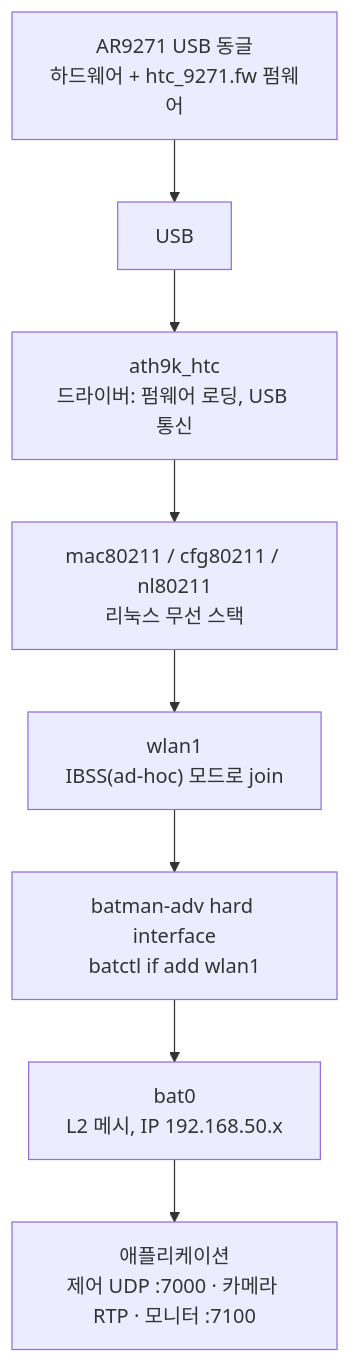
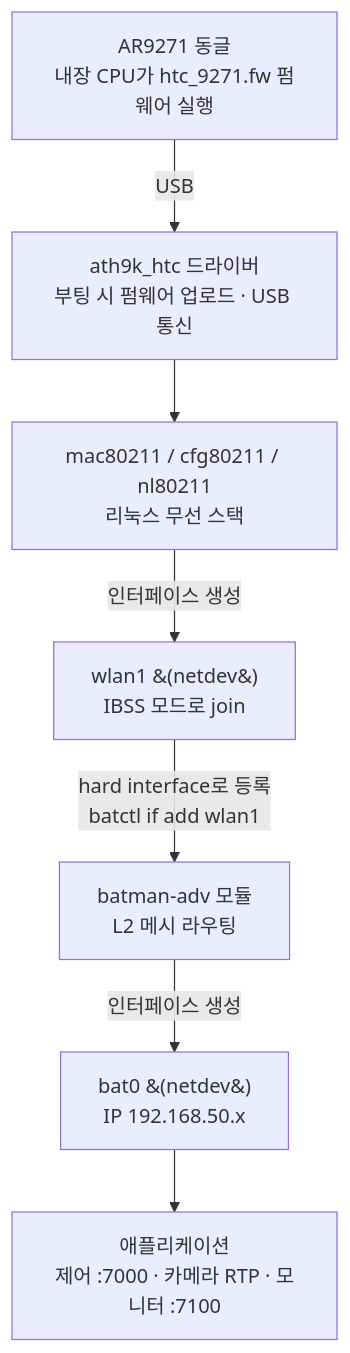
Before and after one commit to choialsgh08-hash/HANSEL_MESH: the first of 2 diagrams in docs/architecture.md, drawn with Mermaid. The commit also changed other lines of this file, not shown here.

Commit message:
architecture: 프로토콜 스택 다이어그램 명확화
세 종류(버스/소프트웨어계층/netdev)를 같은 층처럼 나열하던 것을 정리:
- USB는 박스가 아니라 화살표 라벨(버스)로
- wlan1/bat0는 netdev로 명시
- "batman-adv hard interface" 별도 박스 제거 → batman-adv 모듈이 wlan1을
  hard interface로 입력받아 bat0를 출력하는 관계로 표현

````diff
--- a/docs/architecture.md
+++ b/docs/architecture.md
@@ -8,10 +11,17 @@
 ```mermaid
 flowchart TD
-    A["AR9271 USB 동글<br/>하드웨어 + htc_9271.fw 펌웨어"] --> B["USB"]
-    B --> C["ath9k_htc<br/>드라이버: 펌웨어 로딩, USB 통신"]
-    C --> D["mac80211 / cfg80211 / nl80211<br/>리눅스 무선 스택"]
-    D --> E["wlan1<br/>IBSS(ad-hoc) 모드로 join"]
-    E --> F["batman-adv hard interface<br/>batctl if add wlan1"]
-    F --> G["bat0<br/>L2 메시, IP 192.168.50.x"]
-    G --> H["애플리케이션<br/>제어 UDP :7000 · 카메라 RTP · 모니터 :7100"]
+    HW["AR9271 동글<br/>내장 CPU가 htc_9271.fw 펌웨어 실행"]
+    DRV["ath9k_htc 드라이버<br/>부팅 시 펌웨어 업로드 · USB 통신"]
+    MAC["mac80211 / cfg80211 / nl80211<br/>리눅스 무선 스택"]
+    WLAN["wlan1 &#40;netdev&#41;<br/>IBSS 모드로 join"]
+    BAT["batman-adv 모듈<br/>L2 메시 라우팅"]
+    BAT0["bat0 &#40;netdev&#41;<br/>IP 192.168.50.x"]
+    APP["애플리케이션<br/>제어 :7000 · 카메라 RTP · 모니터 :7100"]
+
+    HW -->|USB| DRV
+    DRV --> MAC
+    MAC -->|인터페이스 생성| WLAN
+    WLAN -->|hard interface로 등록<br/>batctl if add wlan1| BAT
+    BAT -->|인터페이스 생성| BAT0
+    BAT0 --> APP
 ```
````
